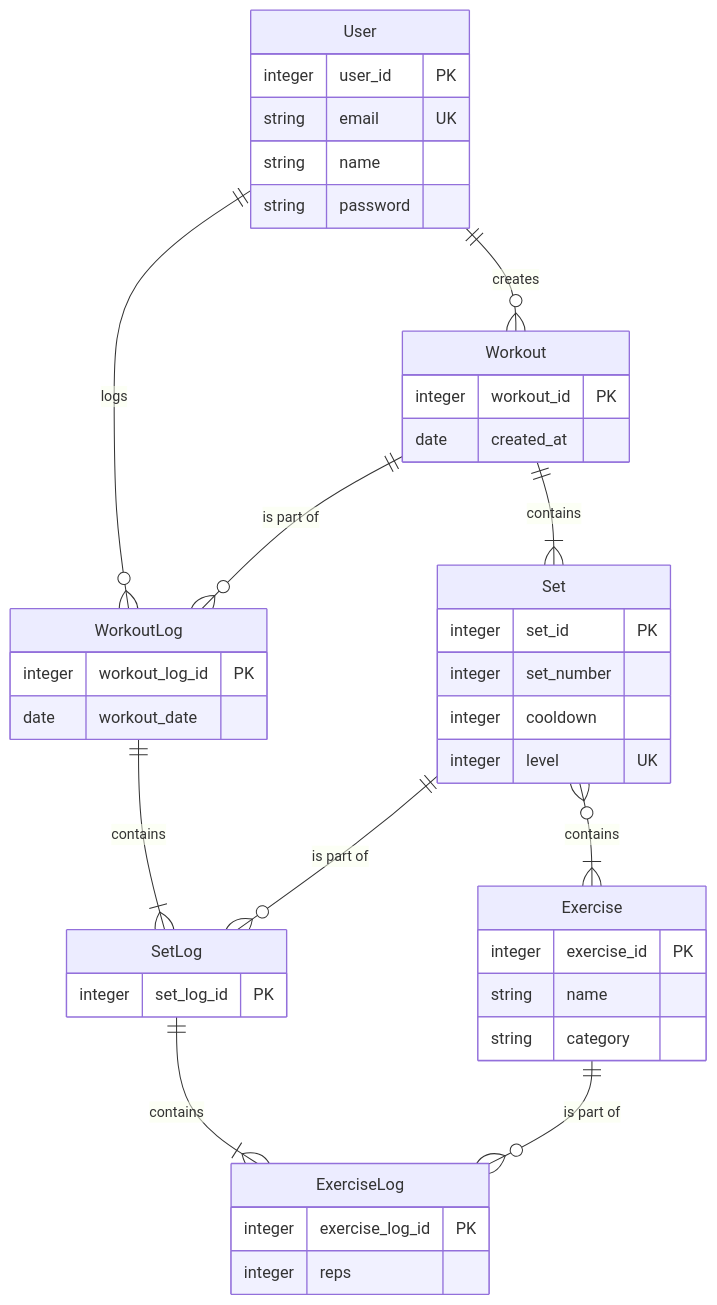
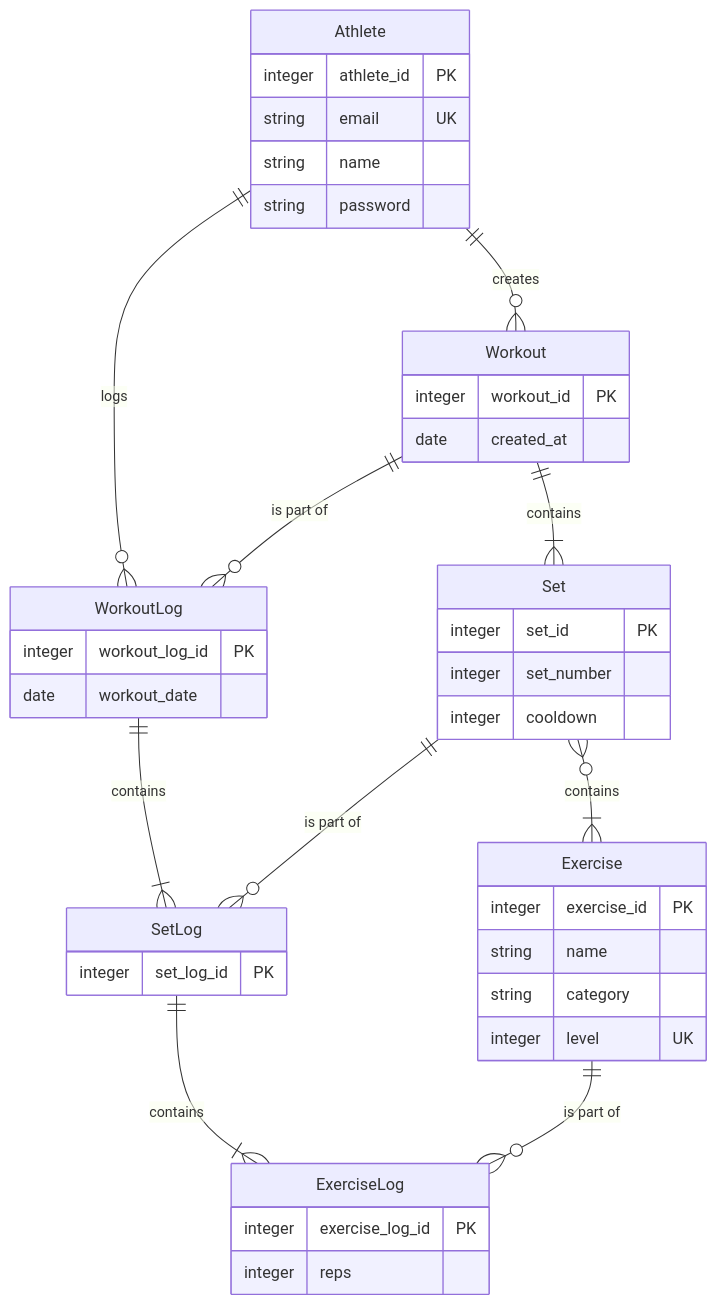
The diagram in README.md (ITJohan/hiit-calisthenics), drawn with Mermaid before and after one commit.

Commit message:
chore: rename user to athlete

````diff
--- a/README.md
+++ b/README.md
@@ -7,45 +7,45 @@
 ```mermaid
 erDiagram
-  User {
-    integer user_id PK
+  Athlete {
+    integer athlete_id PK
     string email UK
     string name
     string password
   }
   Workout {
     integer workout_id PK
     date created_at
   }
   Set {
     integer set_id PK
     integer set_number
     integer cooldown
-    integer level UK
   }
   Exercise {
     integer exercise_id PK
     string name
     string category
+    integer level UK
   }
   WorkoutLog {
     integer workout_log_id PK
     date workout_date
   }
   SetLog {
     integer set_log_id PK
   }
   ExerciseLog {
     integer exercise_log_id PK
     integer reps
   }
 
-  User ||--o{ Workout : "creates"
+  Athlete ||--o{ Workout : "creates"
   Workout ||--|{ Set : "contains"
   Set }o--|{ Exercise : "contains"
-  User ||--o{ WorkoutLog : "logs"
+  Athlete ||--o{ WorkoutLog : "logs"
   Workout ||--o{ WorkoutLog : "is part of"
   WorkoutLog ||--|{ SetLog : "contains"
   Set ||--o{ SetLog : "is part of"
   SetLog ||--|{ ExerciseLog : "contains"
   Exercise ||--o{ ExerciseLog : "is part of"
 ```
````
